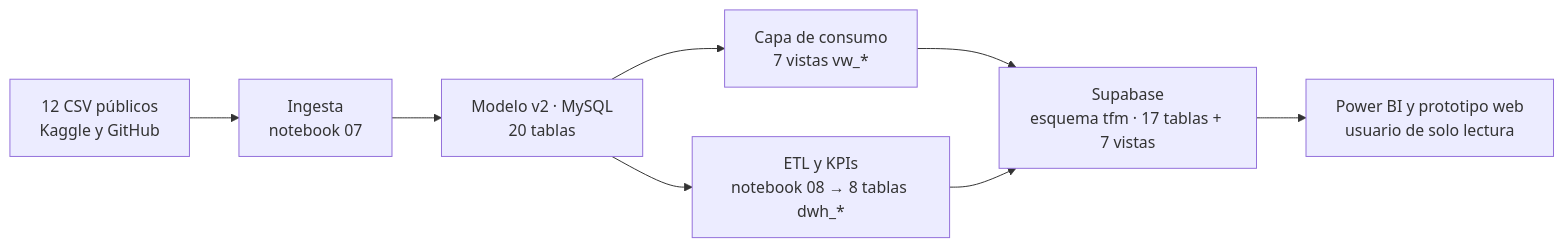
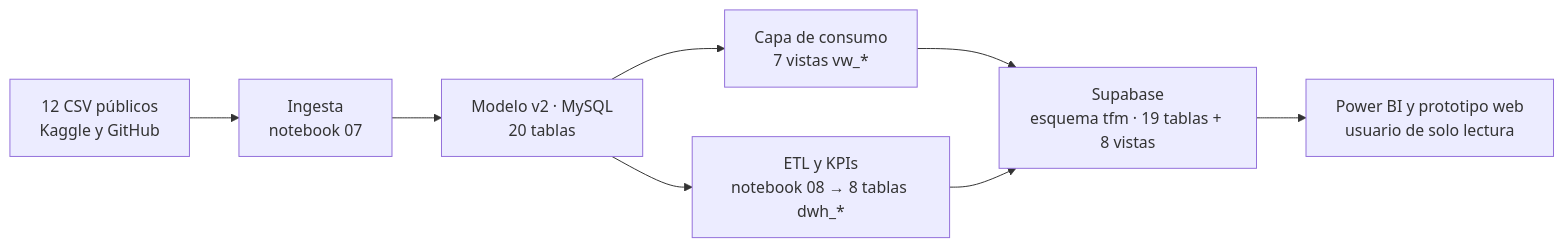
The diagram in README.md (NViuche/tfm-estres-estudiantil), drawn with Mermaid before and after one commit. The commit also changed other lines of this file and 5 other files, not shown here.

````diff
--- a/README.md
+++ b/README.md
@@ -51,10 +53,10 @@
 ```mermaid
 flowchart LR
     A["12 CSV públicos<br/>Kaggle y GitHub"] --> B["Ingesta<br/>notebook 07"]
     B --> C["Modelo v2 · MySQL<br/>20 tablas"]
     C --> D["Capa de consumo<br/>7 vistas vw_*"]
     C --> E["ETL y KPIs<br/>notebook 08 → 8 tablas dwh_*"]
-    D --> F["Supabase<br/>esquema tfm · 17 tablas + 7 vistas"]
+    D --> F["Supabase<br/>esquema tfm · 19 tablas + 8 vistas"]
     E --> F
     F --> G["Power BI y prototipo web<br/>usuario de solo lectura"]
 ```
````
